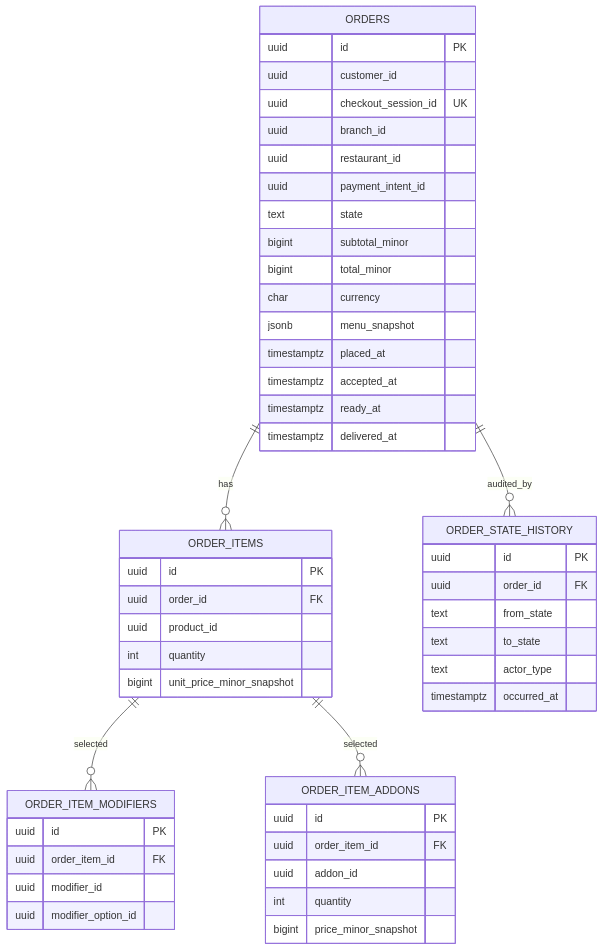
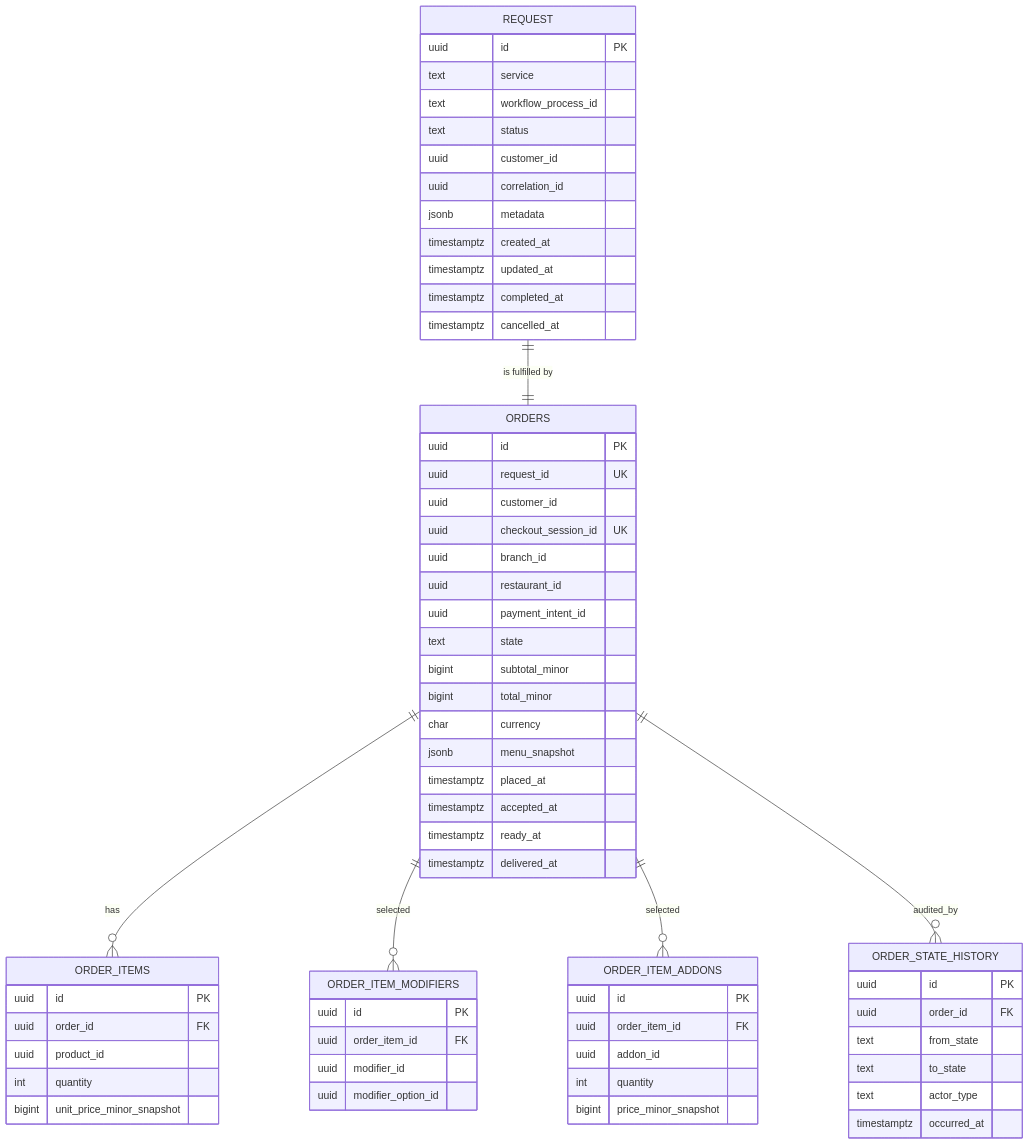
One commit to mohamedhabibwork/trips-enjoy-docs changed the diagram in docs/services/food-order-service/ERD.md. Above: the diagram before and after it, drawn with Mermaid. The commit also changed other lines of this file and 201 other files, not shown here.

````diff
--- a/docs/services/food-order-service/ERD.md
+++ b/docs/services/food-order-service/ERD.md
@@ -214,53 +248,69 @@
 ```mermaid
 erDiagram
+    REQUEST ||--|| ORDERS : "is fulfilled by"
     ORDERS ||--o{ ORDER_ITEMS : has
-    ORDER_ITEMS ||--o{ ORDER_ITEM_MODIFIERS : selected
-    ORDER_ITEMS ||--o{ ORDER_ITEM_ADDONS : selected
+    ORDERS ||--o{ ORDER_ITEM_MODIFIERS : selected
+    ORDERS ||--o{ ORDER_ITEM_ADDONS : selected
     ORDERS ||--o{ ORDER_STATE_HISTORY : audited_by
+
+    REQUEST {
+        uuid id PK
+        text service
+        text workflow_process_id
+        text status
+        uuid customer_id
+        uuid correlation_id
+        jsonb metadata
+        timestamptz created_at
+        timestamptz updated_at
+        timestamptz completed_at
+        timestamptz cancelled_at
+    }
 
     ORDERS {
         uuid id PK
+        uuid request_id UK
         uuid customer_id
         uuid checkout_session_id UK
         uuid branch_id
         uuid restaurant_id
         uuid payment_intent_id
         text state
         bigint subtotal_minor
         bigint total_minor
         char currency
         jsonb menu_snapshot
         timestamptz placed_at
         timestamptz accepted_at
         timestamptz ready_at
         timestamptz delivered_at
     }
     ORDER_ITEMS {
         uuid id PK
         uuid order_id FK
         uuid product_id
         int quantity
         bigint unit_price_minor_snapshot
     }
     ORDER_ITEM_MODIFIERS {
         uuid id PK
         uuid order_item_id FK
         uuid modifier_id
         uuid modifier_option_id
     }
     ORDER_ITEM_ADDONS {
         uuid id PK
         uuid order_item_id FK
         uuid addon_id
         int quantity
         bigint price_minor_snapshot
     }
     ORDER_STATE_HISTORY {
         uuid id PK
         uuid order_id FK
         text from_state
         text to_state
         text actor_type
         timestamptz occurred_at
     }
 ```
````
